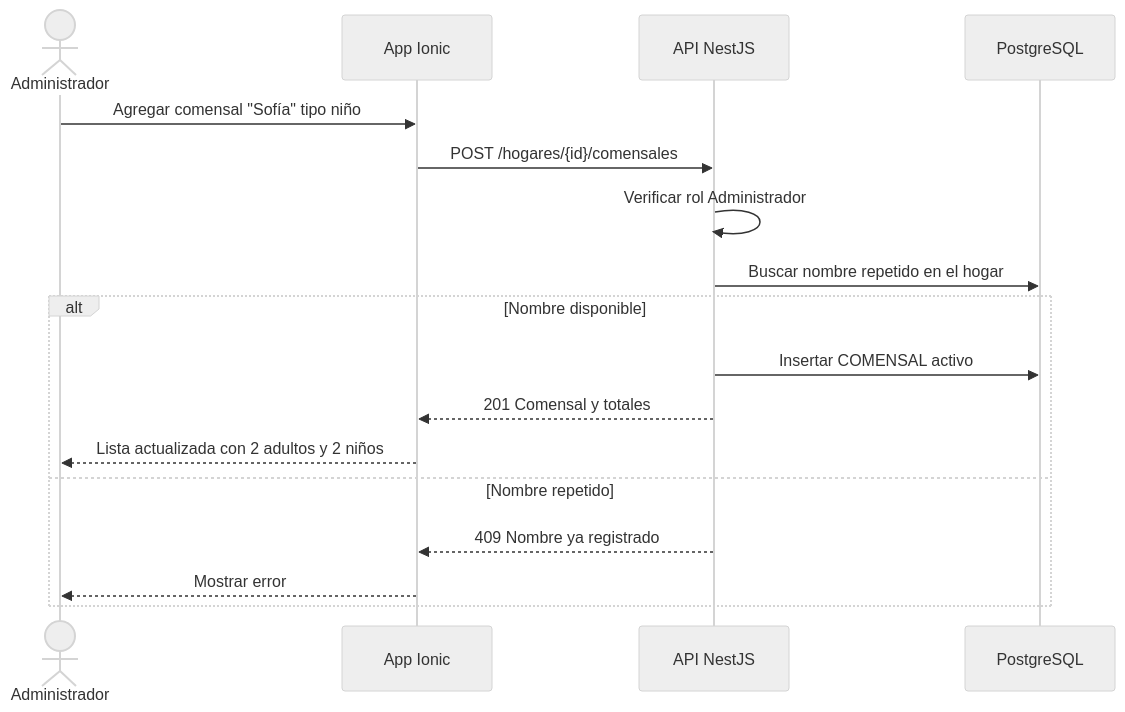
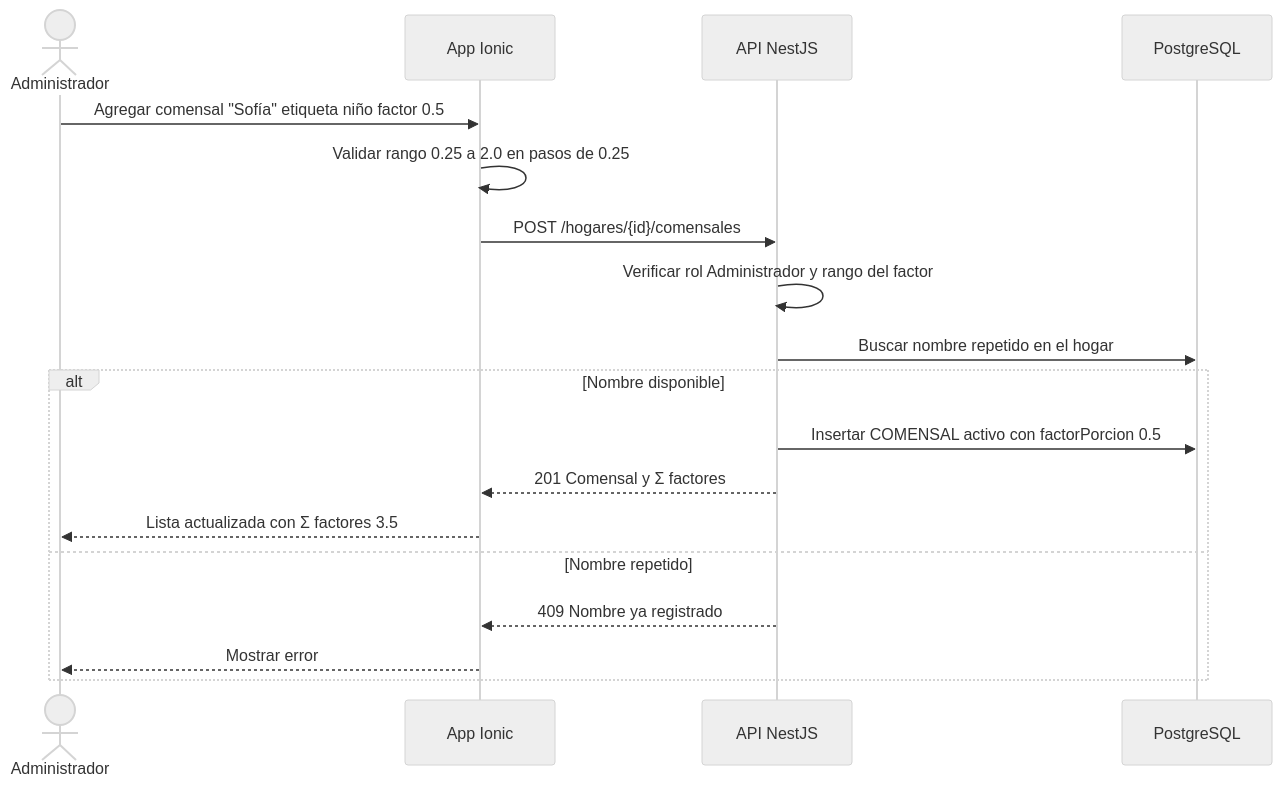
The seventh of 9 diagrams in docs/01-requerimientos/historias/M01-cuenta-hogar.md (devrenerosales/App_Comidas), drawn with Mermaid (neutral theme) before and after one commit. The commit also changed other lines of this file and 11 other files, not shown here.

````diff
--- a/docs/01-requerimientos/historias/M01-cuenta-hogar.md
+++ b/docs/01-requerimientos/historias/M01-cuenta-hogar.md
@@ -334,19 +337,20 @@
 ```mermaid
 sequenceDiagram
   actor ADM as Administrador
   participant APP as App Ionic
   participant API as API NestJS
   participant DB as PostgreSQL
-  ADM->>APP: Agregar comensal "Sofía" tipo niño
+  ADM->>APP: Agregar comensal "Sofía" etiqueta niño factor 0.5
+  APP->>APP: Validar rango 0.25 a 2.0 en pasos de 0.25
   APP->>API: POST /hogares/{id}/comensales
-  API->>API: Verificar rol Administrador
+  API->>API: Verificar rol Administrador y rango del factor
   API->>DB: Buscar nombre repetido en el hogar
   alt Nombre disponible
-    API->>DB: Insertar COMENSAL activo
-    API-->>APP: 201 Comensal y totales
-    APP-->>ADM: Lista actualizada con 2 adultos y 2 niños
+    API->>DB: Insertar COMENSAL activo con factorPorcion 0.5
+    API-->>APP: 201 Comensal y Σ factores
+    APP-->>ADM: Lista actualizada con Σ factores 3.5
   else Nombre repetido
     API-->>APP: 409 Nombre ya registrado
     APP-->>ADM: Mostrar error
   end
 ```
````
